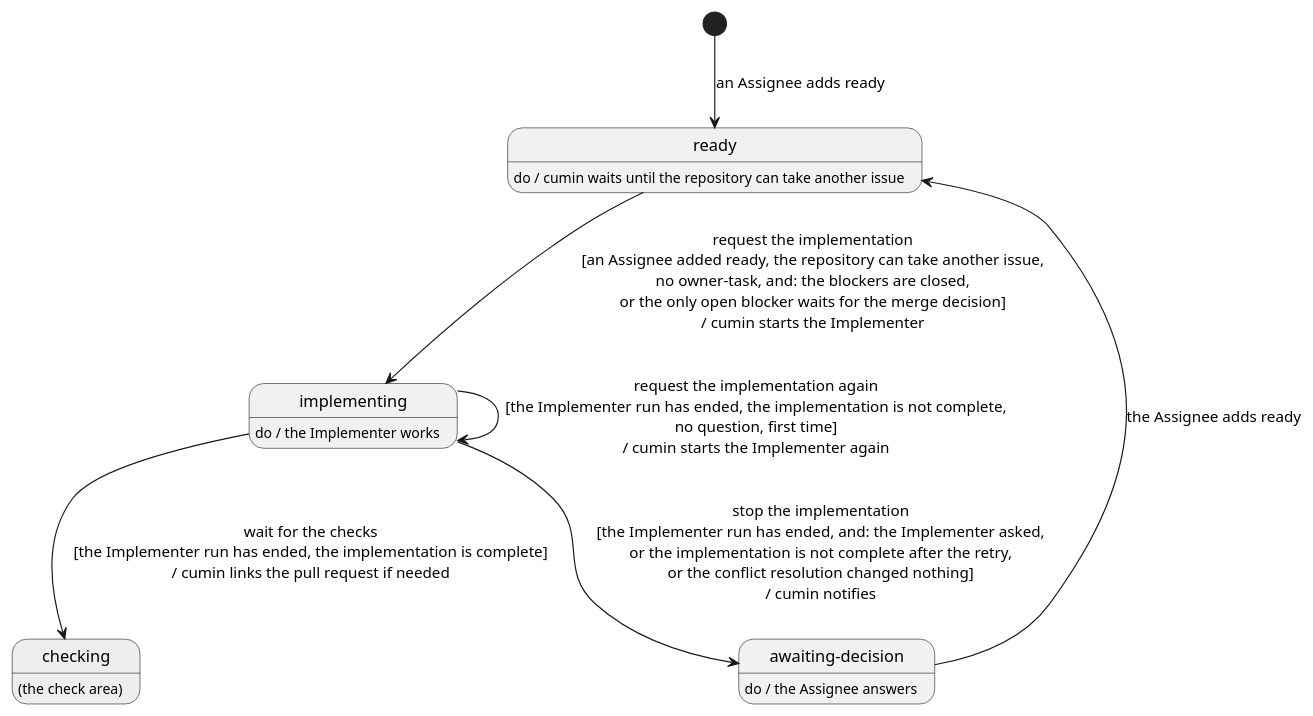
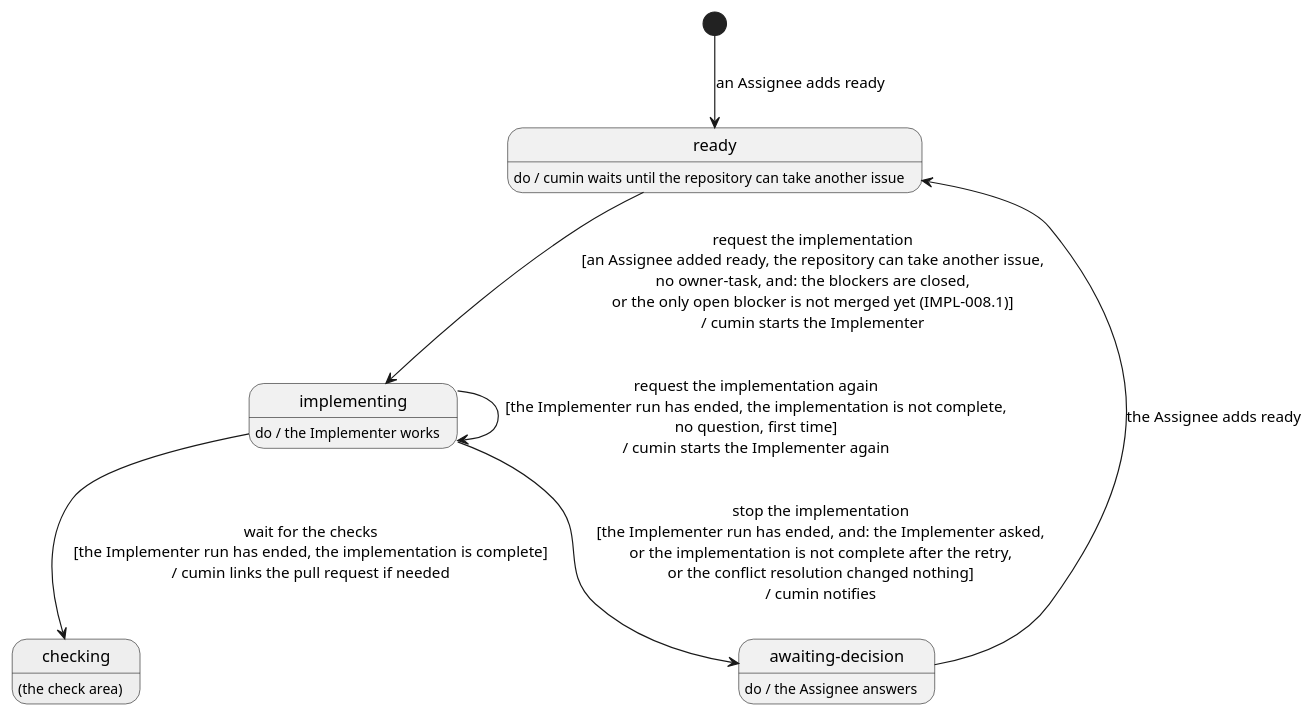
The diagram in docs/ja/requirements/impl/overview.puml (cloveclovedev/cumin-works), drawn with PlantUML before and after one commit. The commit also changed 1 other file, not shown here.

Commit message:
docs(requirements): show in the IMPL diagram that the blocker only needs to be unmerged
Claude-Session: https://claude.ai/code/session_016tkMoo5LgDCxRanDbaD7rH

```diff
--- a/docs/ja/requirements/impl/overview.puml
+++ b/docs/ja/requirements/impl/overview.puml
@@ -1,28 +1,28 @@
 @startuml overview
 ' cumin-works - the states of an implementation issue in the implementation stage.
 ' A state is a label on GitHub, written without "cumin/status/". "do /" says who works in the state.
 ' A transition is written: action [guard] / what cumin does. A gray state belongs to another area.
 ' Render: run scripts/render-diagrams.sh at the root of the repository.
 
 hide empty description
 
 state "ready" as Ready
 Ready : do / cumin waits until the repository can take another issue
 
 state "implementing" as Implementing
 Implementing : do / the Implementer works
 
 state "checking" as Checking #EEEEEE
 Checking : (the check area)
 
 state "awaiting-decision" as Decision
 Decision : do / the Assignee answers
 
 [*] --> Ready : an Assignee adds ready
-Ready --> Implementing : request the implementation\n[an Assignee added ready, the repository can take another issue,\nno owner-task, and: the blockers are closed,\nor the only open blocker waits for the merge decision]\n/ cumin starts the Implementer
+Ready --> Implementing : request the implementation\n[an Assignee added ready, the repository can take another issue,\nno owner-task, and: the blockers are closed,\nor the only open blocker is not merged yet (IMPL-008.1)]\n/ cumin starts the Implementer
 Implementing --> Checking : wait for the checks\n[the Implementer run has ended, the implementation is complete]\n/ cumin links the pull request if needed
 Implementing --> Implementing : request the implementation again\n[the Implementer run has ended, the implementation is not complete,\nno question, first time]\n/ cumin starts the Implementer again
 Implementing --> Decision : stop the implementation\n[the Implementer run has ended, and: the Implementer asked,\nor the implementation is not complete after the retry,\nor the conflict resolution changed nothing]\n/ cumin notifies
 Decision --> Ready : the Assignee adds ready
 
 @enduml
```
